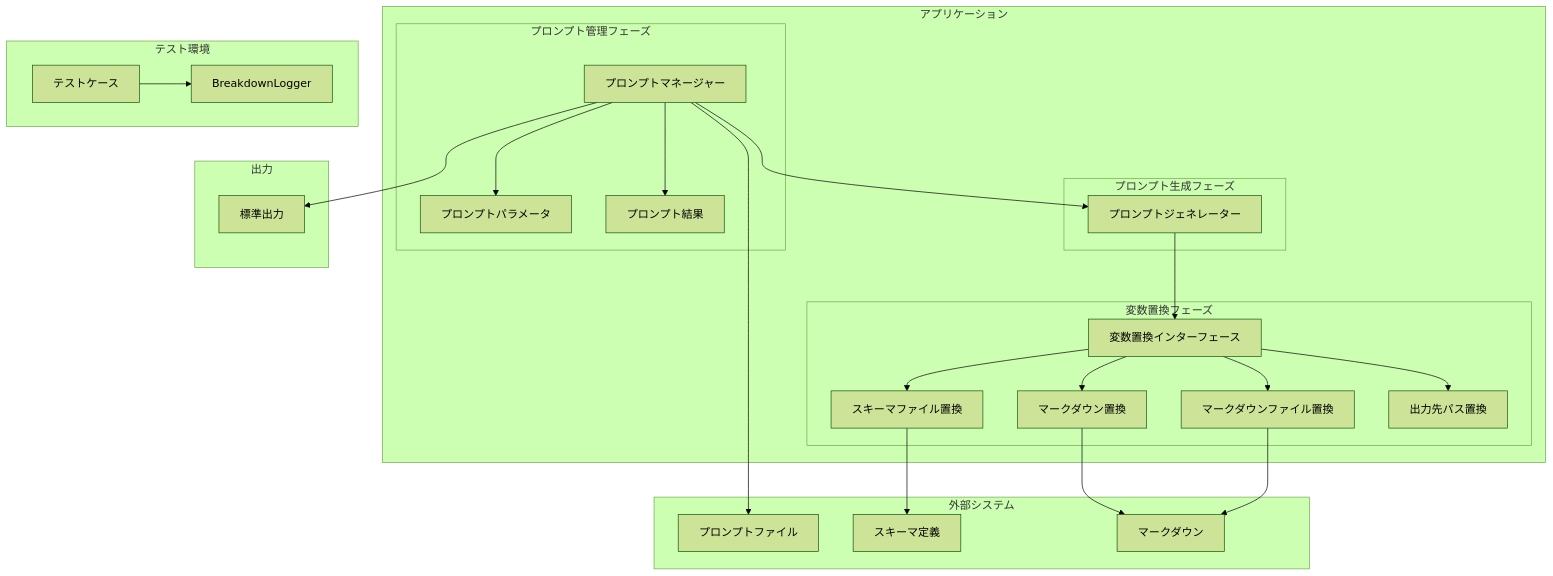
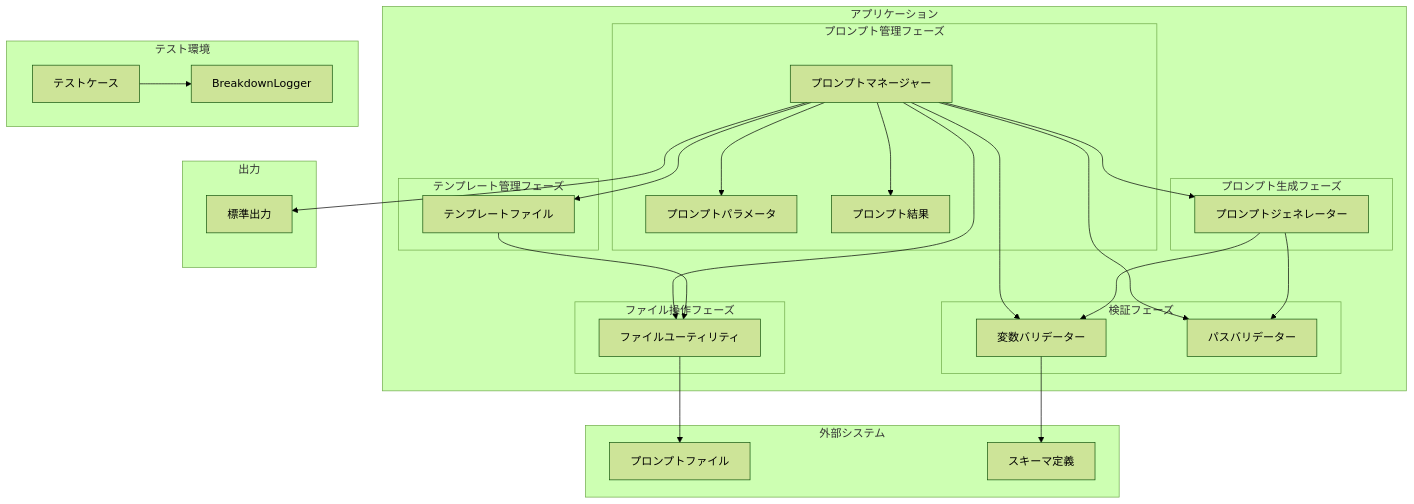
Before and after one commit to tettuan/breakdownprompt: the diagram in docs/uml/component.md, drawn with Mermaid (forest theme). The commit also changed 12 other files, not shown here.

Commit message:
docs: update documentation for template file processing and sequence diagrams

````diff
--- a/docs/uml/component.md
+++ b/docs/uml/component.md
@@ -1,53 +1,59 @@
 ```mermaid
 graph TB
     subgraph "アプリケーション"
         subgraph "プロンプト管理フェーズ"
             PM[プロンプトマネージャー]
             PP[プロンプトパラメータ]
             PR[プロンプト結果]
         end
 
         subgraph "プロンプト生成フェーズ"
             PG[プロンプトジェネレーター]
         end
 
-        subgraph "変数置換フェーズ"
-            VR[変数置換インターフェース]
-            SF[スキーマファイル置換]
-            IM[マークダウン置換]
-            IMF[マークダウンファイル置換]
-            DP[出力先パス置換]
+        subgraph "テンプレート管理フェーズ"
+            TF[テンプレートファイル]
+        end
+
+        subgraph "検証フェーズ"
+            VV[変数バリデーター]
+            PV[パスバリデーター]
+        end
+
+        subgraph "ファイル操作フェーズ"
+            FU[ファイルユーティリティ]
         end
     end
 
     subgraph "外部システム"
         PF[プロンプトファイル]
         SC[スキーマ定義]
-        MD[マークダウン]
     end
 
     subgraph "出力"
         ST[標準出力]
     end
 
     PM --> PP
     PM --> PR
     PM --> PG
-    PG --> VR
-    VR --> SF
-    VR --> IM
-    VR --> IMF
-    VR --> DP
-    PM --> PF
-    SF --> SC
-    IM --> MD
-    IMF --> MD
+    PM --> TF
+    PM --> VV
+    PM --> PV
+    PM --> FU
+
+    PG --> VV
+    PG --> PV
+
+    TF --> FU
+    FU --> PF
+    VV --> SC
     PM --> ST
 
     subgraph "テスト環境"
         BL[BreakdownLogger]
         TST[テストケース]
     end
 
     TST --> BL
 ```
````
